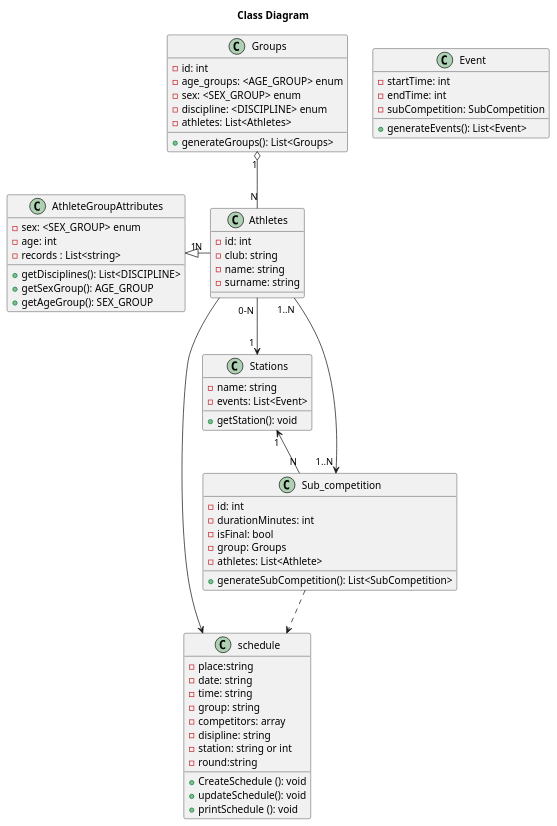
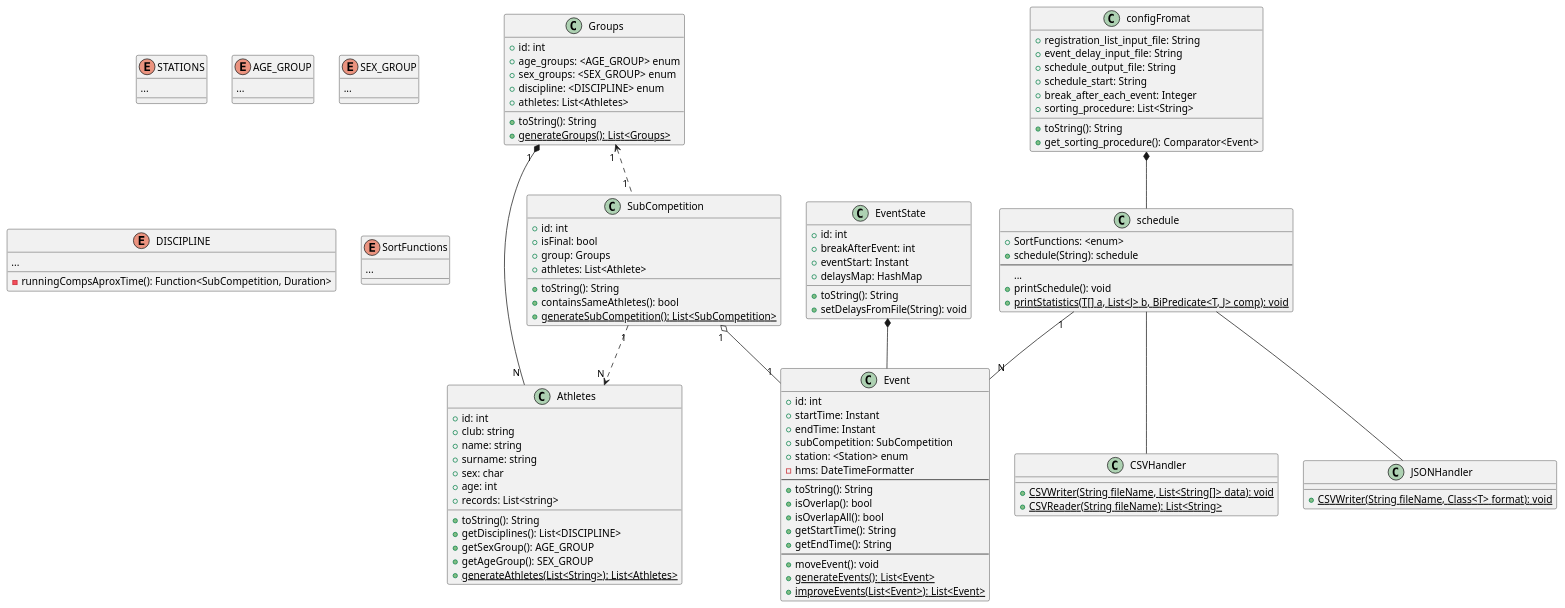
One commit to ITerm0rex/Scheduling_Application_VT22 changed the diagram in diagrams/class_diagram.pu. Above: the diagram before and after it, drawn with PlantUML. The commit also changed 18 other files, not shown here.

```diff
--- a/diagrams/class_diagram.pu
+++ b/diagrams/class_diagram.pu
@@ -1,86 +1,144 @@
 @startuml Class Diagram
-title Class Diagram
 
-
-' interface schedule
 class schedule
 {
-	-place:string
-	-date: string
-	-time: string
-	-group: string
-	-competitors: array
-	-disipline: string
-	-station: string or int
-	-round:string
-	+CreateSchedule (): void
-	+updateSchedule(): void
-	+printSchedule (): void
+	' -csvFile
+	+SortFunctions: <enum>
+	+schedule(String): schedule
+	---
+	...
+	+printSchedule(): void
+	{static}	+printStatistics(T[] a, List<J> b, BiPredicate<T, J> comp): void
 }
 
-class Stations
+class configFromat
 {
-	-name: string
-	-events: List<Event>
-	+getStation(): void
+	+registration_list_input_file: String
+	+event_delay_input_file: String
+	+schedule_output_file: String
+	+schedule_start: String
+	+break_after_each_event: Integer
+	+sorting_procedure: List<String>
+	+toString(): String
+	+get_sorting_procedure(): Comparator<Event>
+}
+
+class Athletes
+{
+	+id: int
+	+club: string
+	+name: string
+	+surname: string
+	+sex: char
+	+age: int
+	+records: List<string>
+	+toString(): String
+	+getDisciplines(): List<DISCIPLINE>
+	+getSexGroup(): AGE_GROUP
+	+getAgeGroup(): SEX_GROUP
+	{static}	+generateAthletes(List<String>): List<Athletes>
 }
 
 class Groups
 {
-	-id: int
-	-age_groups: <AGE_GROUP> enum
-	-sex: <SEX_GROUP> enum
-	-discipline: <DISCIPLINE> enum
-	-athletes: List<Athletes>
-	+generateGroups(): List<Groups>
-}
-
-class AthleteGroupAttributes
-{
-	-sex: <SEX_GROUP> enum
-	-age: int
-	-records : List<string>
-	+getDisciplines(): List<DISCIPLINE>
-	+getSexGroup(): AGE_GROUP
-	+getAgeGroup(): SEX_GROUP
+	+id: int
+	+age_groups: <AGE_GROUP> enum
+	+sex_groups: <SEX_GROUP> enum
+	+discipline: <DISCIPLINE> enum
+	+athletes: List<Athletes>
+	+toString(): String
+	{static} +generateGroups(): List<Groups>
 
 }
 
-class Athletes
+class SubCompetition
 {
-	-id: int
-	-club: string
-	-name: string
-	-surname: string
+	+id: int
+	+isFinal: bool
+	+group: Groups
+	+athletes: List<Athlete>
+	+toString(): String
+	+containsSameAthletes(): bool
+	{static}	 +generateSubCompetition(): List<SubCompetition>
+
 }
 
 class Event
 {
-	-startTime: int
-	-endTime: int
-	-subCompetition: SubCompetition
-	+generateEvents(): List<Event>
+	+id: int
+	+startTime: Instant
+	+endTime: Instant
+	+subCompetition: SubCompetition
+	+station: <Station> enum
+	-hms: DateTimeFormatter
+	---
+	+toString(): String
+	+isOverlap(): bool
+	+isOverlapAll(): bool
+	+getStartTime(): String
+	+getEndTime(): String
+	---
+	+moveEvent(): void
+	{static}	+generateEvents(): List<Event>
+	{static}	+improveEvents(List<Event>): List<Event>
 }
-class Sub_competition
+
+class EventState
 {
-	-id: int
-	-durationMinutes: int
-	-isFinal: bool
-	-group: Groups
-	-athletes: List<Athlete>
-	+generateSubCompetition(): List<SubCompetition>
-
+	+id: int
+	+breakAfterEvent: int
+	+eventStart: Instant
+	+delaysMap: HashMap
+	+toString(): String
+	+setDelaysFromFile(String): void
 }
 
 
-Athletes " 0-N "--> " 1 " Stations
-Athletes --> schedule
+class CSVHandler
+{
+	{static}	+CSVWriter(String fileName, List<String[]> data): void
+	{static}	+CSVReader(String fileName): List<String>
+}
 
-Athletes" 1..N " --> " 1..N " Sub_competition
+class JSONHandler
+{
+	{static}	+CSVWriter(String fileName, Class<T> format): void
+}
 
-AthleteGroupAttributes "1" <|- " N " Athletes
 
-Sub_competition .-> schedule
-Stations "1" <-- "N" Sub_competition
-Groups "1" o-- "N" Athletes
+
+enum STATIONS {
+	...
+}
+enum AGE_GROUP {
+	...
+}
+enum SEX_GROUP {
+	...
+}
+enum DISCIPLINE {
+	...
+	-runningCompsAproxTime(): Function<SubCompetition, Duration>
+}
+enum SortFunctions {
+	...
+}
+
+
+
+
+
+schedule " 1 " -- " N " Event
+SubCompetition " 1" .-> " N " Athletes
+Groups " 1 " <-. " 1 " SubCompetition
+SubCompetition " 1 " o-- " 1 " Event
+' AthleteGroupAttributes " 1 "  <|--  " N " Athletes
+Groups " 1 " *-- " N " Athletes
+EventState *-- Event
+configFromat *-- schedule
+
+schedule -- JSONHandler
+schedule -- CSVHandler
+
+
 @enduml
```
